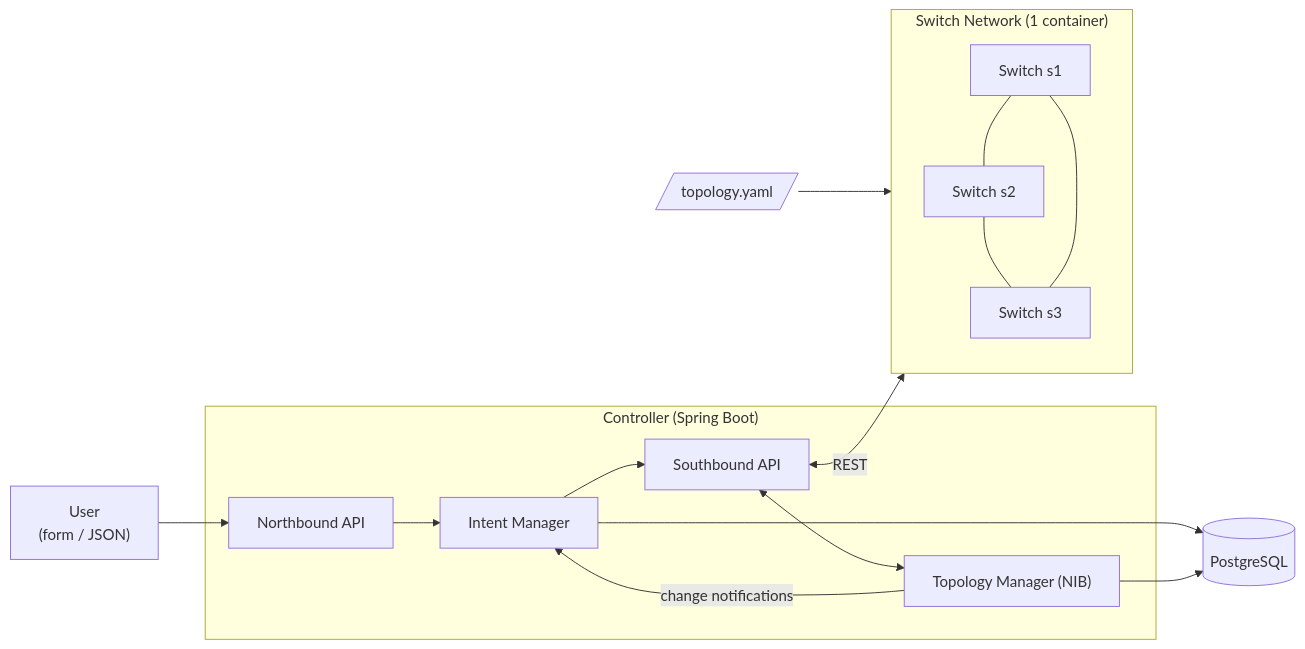
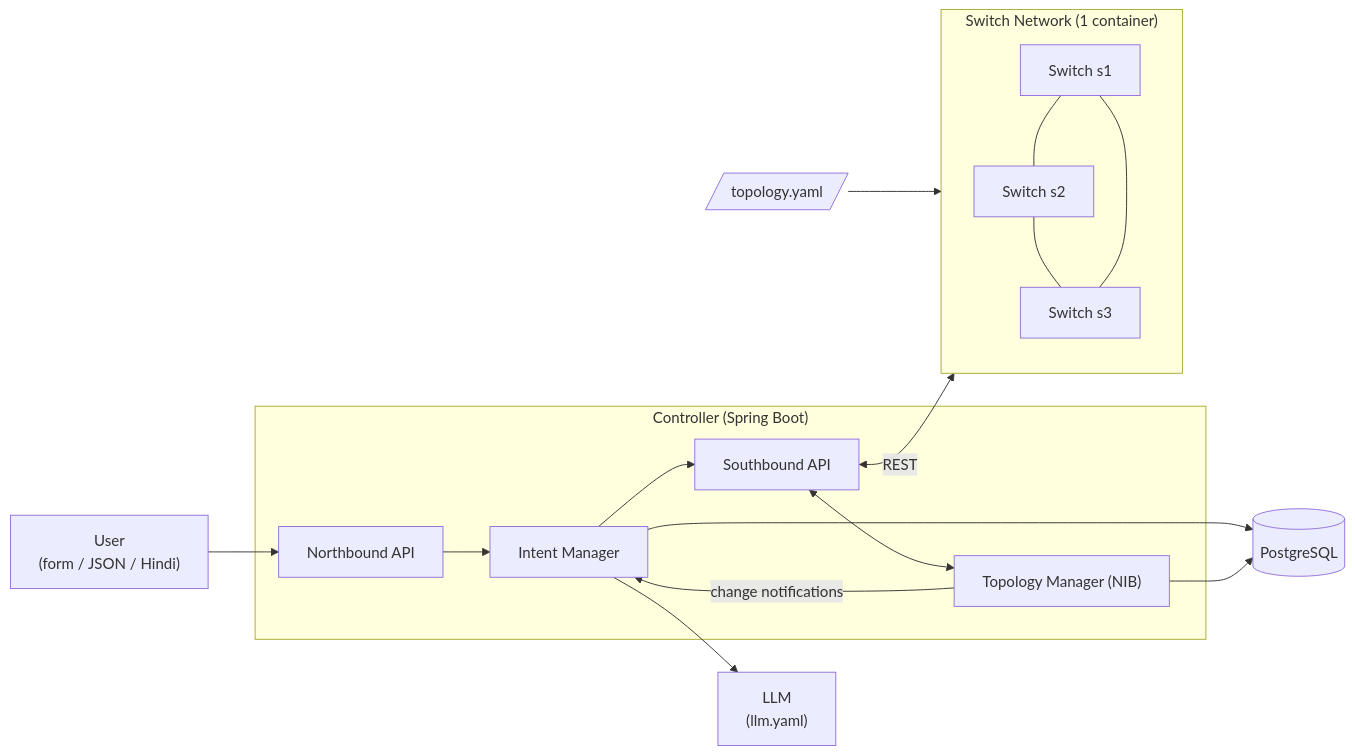
One commit to raghavsarna/orion changed the first of 9 diagrams in docs/ORION_DESIGN.md. Above: the diagram before and after it, drawn with Mermaid. The commit also changed other lines of this file and 28 other files, not shown here.

````diff
--- a/docs/ORION_DESIGN.md
+++ b/docs/ORION_DESIGN.md
@@ -18,29 +18,31 @@
 ```mermaid
 flowchart LR
-    USER["User<br/>(form / JSON)"]
+    USER["User<br/>(form / JSON / Hindi)"]
     FILE[/"topology.yaml"/]
 
     subgraph CONTROLLER["Controller (Spring Boot)"]
         NB["Northbound API"]
         IM["Intent Manager"]
         TM["Topology Manager (NIB)"]
         SB["Southbound API"]
     end
 
     DB[("PostgreSQL")]
+    LLM["LLM<br/>(llm.yaml)"]
 
     subgraph NET["Switch Network (1 container)"]
         S1["Switch s1"] --- S2["Switch s2"]
         S2 --- S3["Switch s3"]
         S1 --- S3
     end
 
     USER --> NB --> IM
+    IM --> LLM
     TM -- "change notifications" --> IM
     IM --> DB
     TM --> DB
     SB <--> TM
     IM --> SB
     SB <-- "REST" --> NET
     FILE --> NET
 ```
````
